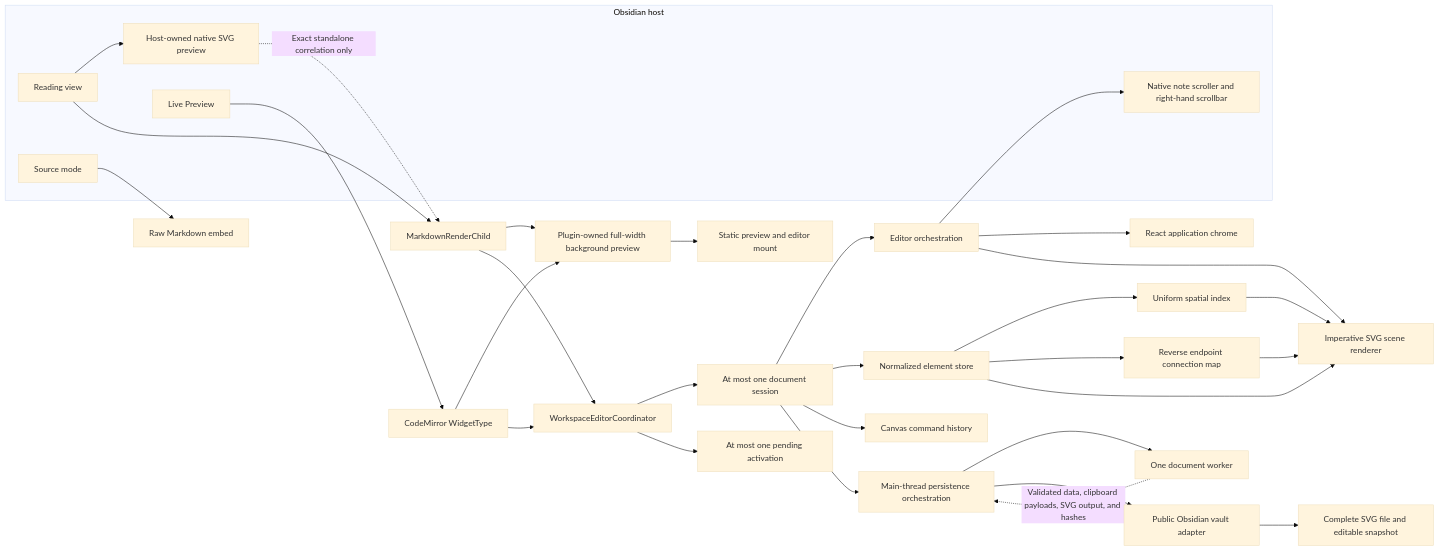
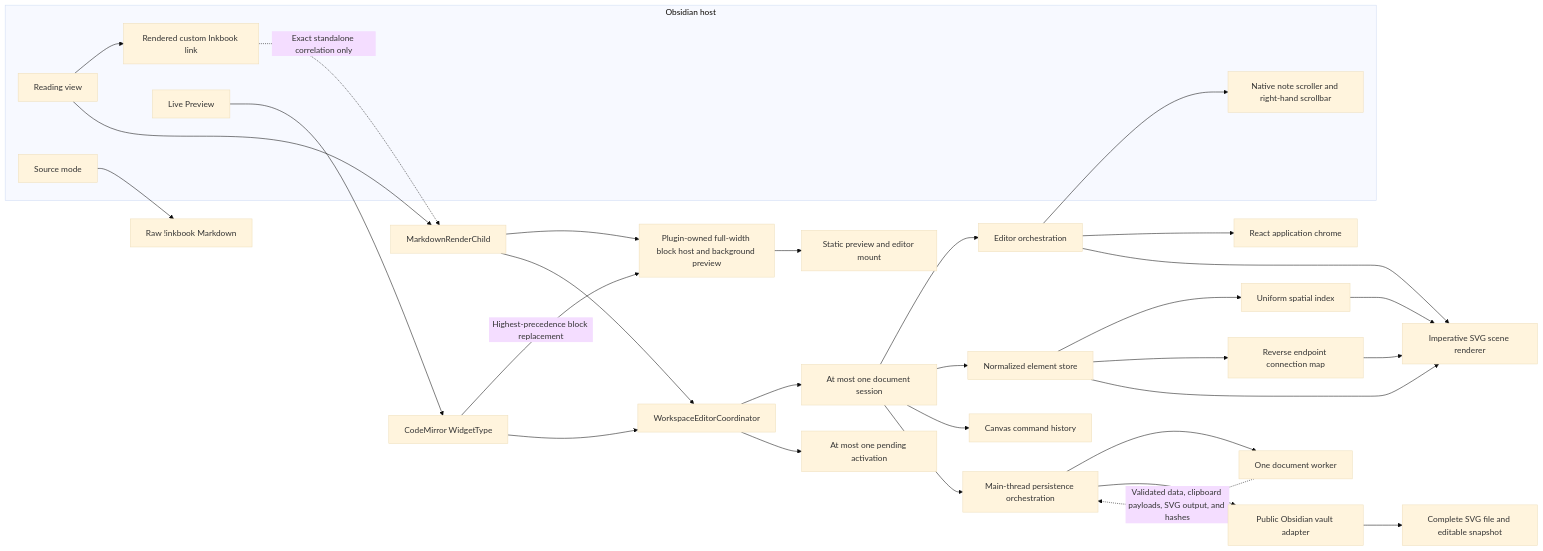
Before and after one commit to boommasterxd/inkbook: the first of 7 diagrams in docs/architecture-flows.md, drawn with Mermaid (base theme). The commit also changed 45 other files, not shown here.

````diff
--- a/docs/architecture-flows.md
+++ b/docs/architecture-flows.md
@@ -7,43 +7,43 @@
 ```mermaid
 flowchart LR
   subgraph host["Obsidian host"]
     reading["Reading view"]
-    readingPreview["Host-owned native SVG preview"]
+    readingSource["Rendered custom Inkbook link"]
     live["Live Preview"]
     source["Source mode"]
     noteScroller["Native note scroller and right-hand scrollbar"]
   end
 
-  reading --> readingPreview
+  reading --> readingSource
   reading --> readingChild["MarkdownRenderChild"]
   live --> liveWidget["CodeMirror WidgetType"]
-  source --> rawMarkdown["Raw Markdown embed"]
+  source --> rawMarkdown["Raw !inkbook Markdown"]
 
-  readingPreview -. "Exact standalone correlation only" .-> readingChild
-  readingChild --> ownedPreview["Plugin-owned full-width background preview"]
-  liveWidget --> ownedPreview
+  readingSource -. "Exact standalone correlation only" .-> readingChild
+  readingChild --> ownedPreview["Plugin-owned full-width block host and background preview"]
+  liveWidget -->|"Highest-precedence block replacement"| ownedPreview
   ownedPreview --> widgetPreview["Static preview and editor mount"]
   readingChild --> coordinator["WorkspaceEditorCoordinator"]
   liveWidget --> coordinator
 
   coordinator --> session["At most one document session"]
   coordinator --> pending["At most one pending activation"]
   session --> editor["Editor orchestration"]
   session --> store["Normalized element store"]
   session --> history["Canvas command history"]
   store --> index["Uniform spatial index"]
   store --> connections["Reverse endpoint connection map"]
 
   editor --> chrome["React application chrome"]
   editor --> scene["Imperative SVG scene renderer"]
   store --> scene
   index --> scene
   connections --> scene
 
   session --> persistence["Main-thread persistence orchestration"]
   persistence --> worker["One document worker"]
   worker -. "Validated data, clipboard payloads, SVG output, and hashes" .-> persistence
   persistence --> vaultAdapter["Public Obsidian vault adapter"]
   vaultAdapter --> svgFile["Complete SVG file and editable snapshot"]
   editor --> noteScroller
 ```
````
